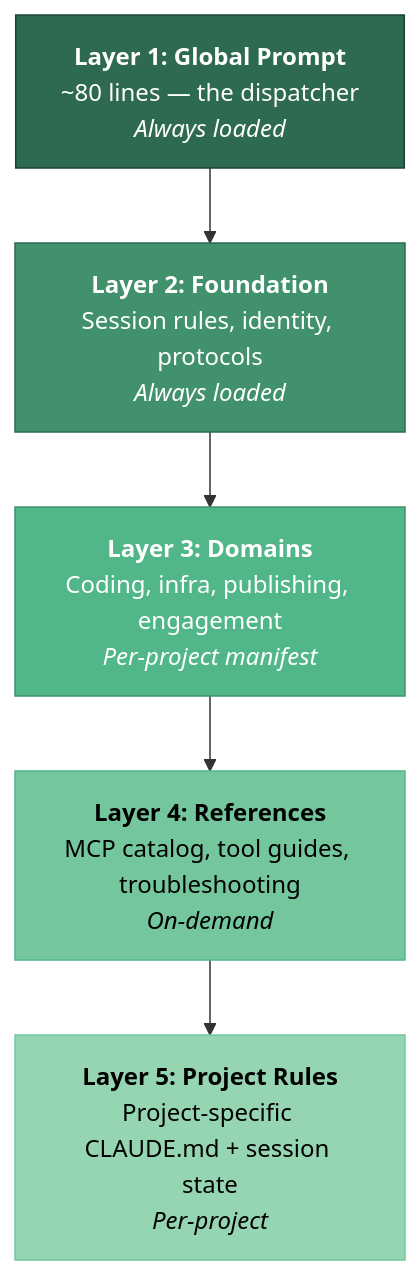
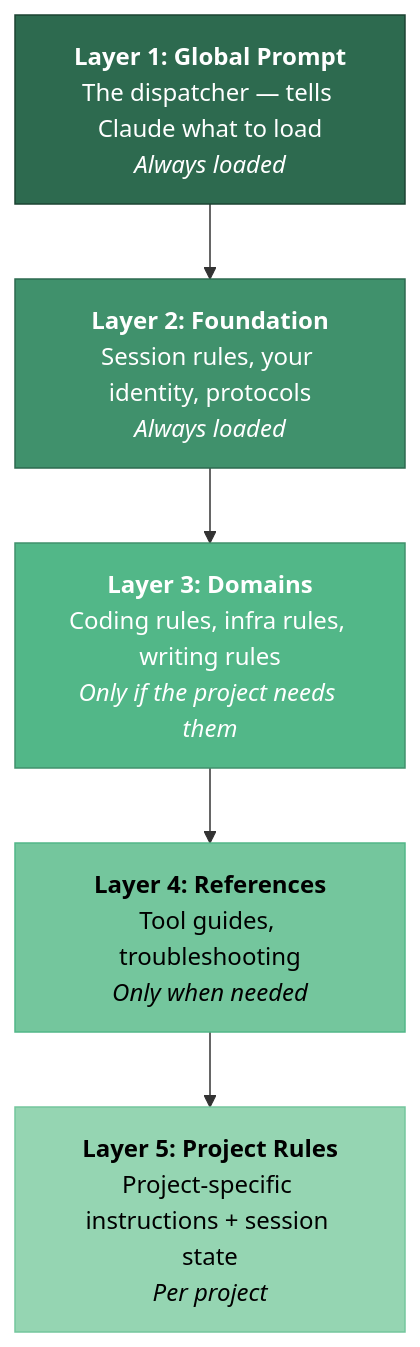
The first of 3 diagrams in README.md (JeltzProstetnic/agent-fleet), drawn with Mermaid before and after one commit. The commit also changed other lines of this file and 5 other files, not shown here.

````diff
--- a/README.md
+++ b/README.md
@@ -59,14 +83,14 @@
 ```mermaid
 graph TD
-    A["<b>Layer 1: Global Prompt</b><br/>~80 lines — the dispatcher<br/><i>Always loaded</i>"] --> B
-    B["<b>Layer 2: Foundation</b><br/>Session rules, identity, protocols<br/><i>Always loaded</i>"] --> C
-    C["<b>Layer 3: Domains</b><br/>Coding, infra, publishing, engagement<br/><i>Per-project manifest</i>"] --> D
-    D["<b>Layer 4: References</b><br/>MCP catalog, tool guides, troubleshooting<br/><i>On-demand</i>"] --> E
-    E["<b>Layer 5: Project Rules</b><br/>Project-specific CLAUDE.md + session state<br/><i>Per-project</i>"]
+    A["<b>Layer 1: Global Prompt</b><br/>The dispatcher — tells Claude what to load<br/><i>Always loaded</i>"] --> B
+    B["<b>Layer 2: Foundation</b><br/>Session rules, your identity, protocols<br/><i>Always loaded</i>"] --> C
+    C["<b>Layer 3: Domains</b><br/>Coding rules, infra rules, writing rules<br/><i>Only if the project needs them</i>"] --> D
+    D["<b>Layer 4: References</b><br/>Tool guides, troubleshooting<br/><i>Only when needed</i>"] --> E
+    E["<b>Layer 5: Project Rules</b><br/>Project-specific instructions + session state<br/><i>Per project</i>"]
 
     style A fill:#2d6a4f,stroke:#1b4332,color:#fff
     style B fill:#40916c,stroke:#2d6a4f,color:#fff
     style C fill:#52b788,stroke:#40916c,color:#fff
     style D fill:#74c69d,stroke:#52b788,color:#000
     style E fill:#95d5b2,stroke:#74c69d,color:#000
 ```
````
